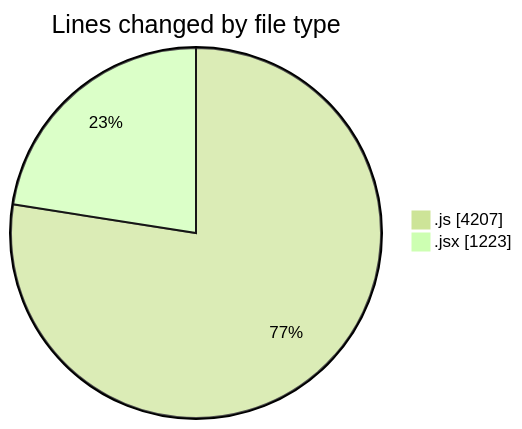
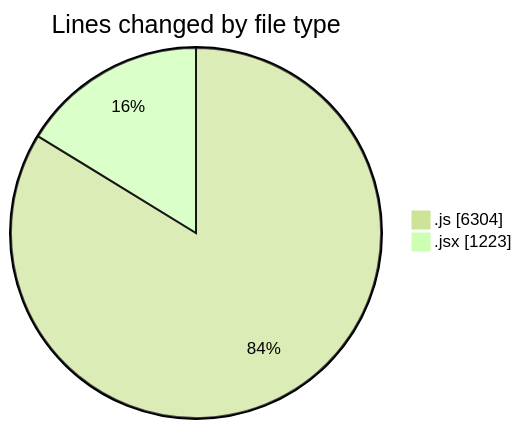
Before and after one commit to nxtqubesakshisongat/code-tracking: the first of 2 diagrams in 2025-09-24/nxtqube_webapp/README.md, drawn with Mermaid (forest theme). The commit also changed other lines of this file and 1 other file, not shown here.

````diff
--- a/2025-09-24/nxtqube_webapp/README.md
+++ b/2025-09-24/nxtqube_webapp/README.md
@@ -23,6 +23,6 @@
 ```mermaid
 pie showData
 title Lines changed by file type
-".js" : 4207
+".js" : 6304
 ".jsx" : 1223
 ```
````
